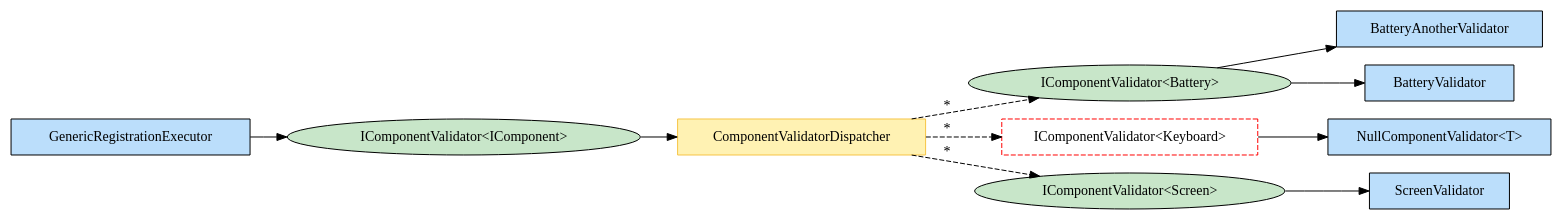
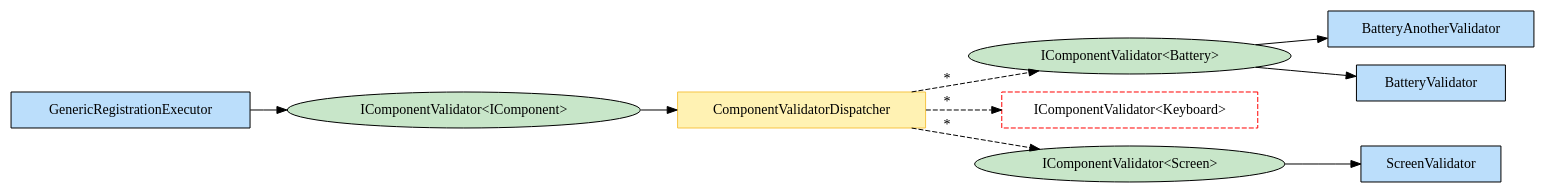
One commit to arika0093/Qudi changed the diagram in examples/Qudi.Example.Readme/exported/GenericRegistrationExecutor.dot. Above: the diagram before and after it, drawn with Graphviz. The commit also changed 3 other files, not shown here.

```diff
--- a/examples/Qudi.Example.Readme/exported/GenericRegistrationExecutor.dot
+++ b/examples/Qudi.Example.Readme/exported/GenericRegistrationExecutor.dot
@@ -1,23 +1,21 @@
 digraph Qudi {
   rankdir=LR;
 node [shape=box, fontname="Consolas"];
   "Qudi.Examples.GenericRegistration.BatteryAnotherValidator" [label="BatteryAnotherValidator", shape=box, style=filled, fillcolor="#bbdefb"];
   "Qudi.Examples.GenericRegistration.BatteryValidator" [label="BatteryValidator", shape=box, style=filled, fillcolor="#bbdefb"];
   "Qudi.Examples.GenericRegistration.ComponentValidatorDispatcher" [label="ComponentValidatorDispatcher", shape=box, style=filled, fillcolor="#fff2b3", color="#f6c445"];
   "Qudi.Examples.GenericRegistration.GenericRegistrationExecutor" [label="GenericRegistrationExecutor", shape=box, style=filled, fillcolor="#bbdefb"];
   "Qudi.Examples.GenericRegistration.IComponentValidator<Qudi.Examples.GenericRegistration.Battery>" [label="IComponentValidator<Battery>", shape=ellipse, style=filled, fillcolor="#c8e6c9"];
   "Qudi.Examples.GenericRegistration.IComponentValidator<Qudi.Examples.GenericRegistration.IComponent>" [label="IComponentValidator<IComponent>", shape=ellipse, style=filled, fillcolor="#c8e6c9"];
   "Qudi.Examples.GenericRegistration.IComponentValidator<Qudi.Examples.GenericRegistration.Keyboard>" [label="IComponentValidator<Keyboard>", shape=box, style=dashed, color=red];
   "Qudi.Examples.GenericRegistration.IComponentValidator<Qudi.Examples.GenericRegistration.Screen>" [label="IComponentValidator<Screen>", shape=ellipse, style=filled, fillcolor="#c8e6c9"];
-  "Qudi.Examples.GenericRegistration.NullComponentValidator<T>" [label="NullComponentValidator<T>", shape=box, style=filled, fillcolor="#bbdefb"];
   "Qudi.Examples.GenericRegistration.ScreenValidator" [label="ScreenValidator", shape=box, style=filled, fillcolor="#bbdefb"];
   "Qudi.Examples.GenericRegistration.IComponentValidator<Qudi.Examples.GenericRegistration.Battery>" -> "Qudi.Examples.GenericRegistration.BatteryValidator";
   "Qudi.Examples.GenericRegistration.IComponentValidator<Qudi.Examples.GenericRegistration.Battery>" -> "Qudi.Examples.GenericRegistration.BatteryAnotherValidator";
   "Qudi.Examples.GenericRegistration.IComponentValidator<Qudi.Examples.GenericRegistration.Screen>" -> "Qudi.Examples.GenericRegistration.ScreenValidator";
   "Qudi.Examples.GenericRegistration.GenericRegistrationExecutor" -> "Qudi.Examples.GenericRegistration.IComponentValidator<Qudi.Examples.GenericRegistration.IComponent>";
   "Qudi.Examples.GenericRegistration.IComponentValidator<Qudi.Examples.GenericRegistration.IComponent>" -> "Qudi.Examples.GenericRegistration.ComponentValidatorDispatcher";
   "Qudi.Examples.GenericRegistration.ComponentValidatorDispatcher" -> "Qudi.Examples.GenericRegistration.IComponentValidator<Qudi.Examples.GenericRegistration.Battery>" [label="*", style=dashed];
   "Qudi.Examples.GenericRegistration.ComponentValidatorDispatcher" -> "Qudi.Examples.GenericRegistration.IComponentValidator<Qudi.Examples.GenericRegistration.Screen>" [label="*", style=dashed];
   "Qudi.Examples.GenericRegistration.ComponentValidatorDispatcher" -> "Qudi.Examples.GenericRegistration.IComponentValidator<Qudi.Examples.GenericRegistration.Keyboard>" [label="*", style=dashed];
-  "Qudi.Examples.GenericRegistration.IComponentValidator<Qudi.Examples.GenericRegistration.Keyboard>" -> "Qudi.Examples.GenericRegistration.NullComponentValidator<T>";
 }
```
